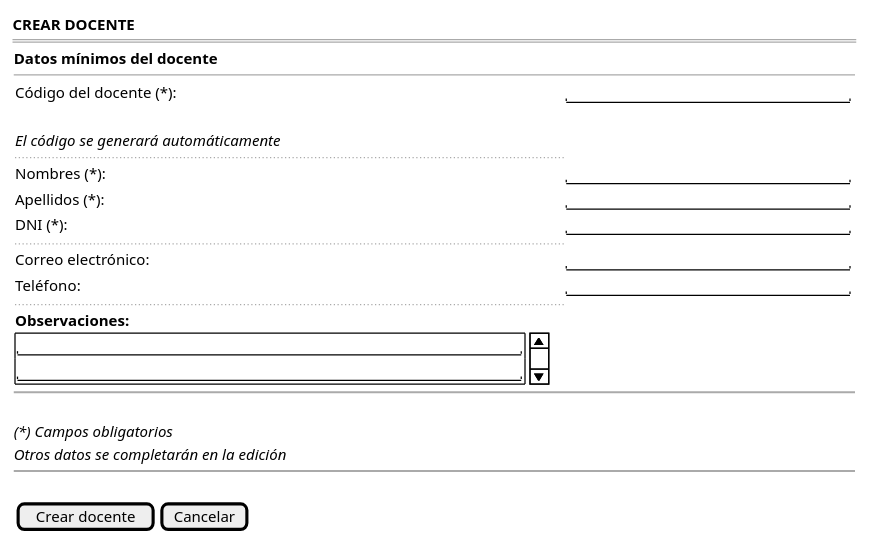
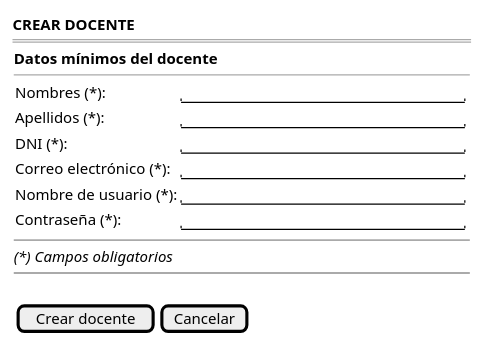
Before and after one commit to martinlopez7/25-26-IdSw1-SdR: the diagram in documents/casos-de-uso/prototipadoCasosDeUso/crearDocente/crearDocente.puml, drawn with PlantUML. The commit also changed 13 other files, not shown here.

```diff
--- a/documents/casos-de-uso/prototipadoCasosDeUso/crearDocente/crearDocente.puml
+++ b/documents/casos-de-uso/prototipadoCasosDeUso/crearDocente/crearDocente.puml
@@ -1,37 +1,25 @@
 @startsalt crearDocente_FORMULARIO
 {
     <b>CREAR DOCENTE</b>
     ===
     {
         <b>Datos mínimos del docente</b>
         --
         {
-            Código del docente (*): | "                            " 
-            .
-            <i>El código se generará automáticamente</i>
-            ..
             Nombres (*):    | "                            "
             Apellidos (*):  | "                            "
             DNI (*):        | "                            "
-            ..
-            Correo electrónico: | "                            "
-            Teléfono:           | "                            "
-            ..
-            <b>Observaciones:</b>
-            {SI
-                "                                                  "
-                "                                                  "
-            }
+            Correo electrónico (*): | "                            "
+            Nombre de usuario (*): | "                            "
+            Contraseña (*): | "                            "
         }
         
         ~~
-        .
         <i>(*) Campos obligatorios</i>
-        <i>Otros datos se completarán en la edición</i>
         
         ~~
         .
         {[Crear docente] | [Cancelar]}
     }
 }
 @endsalt
```
